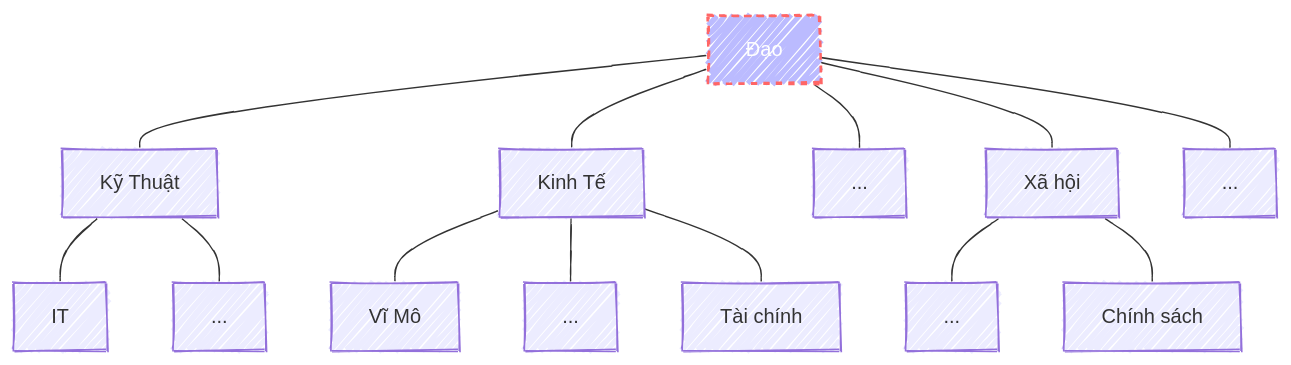
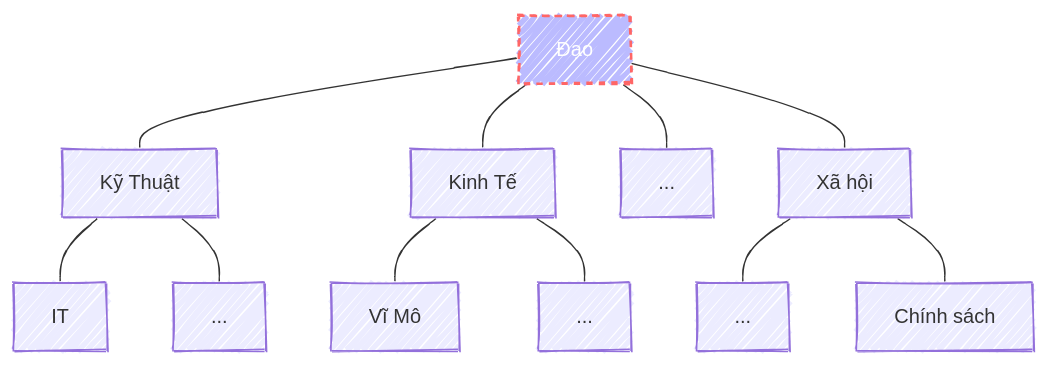
Before and after one commit to laiduyha/wei-he: the third of 3 diagrams in _posts/2024-06-20-cay-kien-thuc.md, drawn with Mermaid. The commit also changed other lines of this file, not shown here.

````diff
--- a/_posts/2024-06-20-cay-kien-thuc.md
+++ b/_posts/2024-06-20-cay-kien-thuc.md
@@ -139,26 +138,23 @@
 ```mermaid
 ---
 config:
   look: handDrawn
 ---
 
-flowchart TD
+flowchart
   d[Đạo] --- kt[Kỹ Thuật]
   kt[Kỹ Thuật] --- it[IT]
   kt[Kỹ Thuật] --- kt1[...]
 
   d[Đạo] --- kte[Kinh Tế]
   kte[Kinh Tế] --- macro[Vĩ Mô]
   kte[Kinh Tế] --- kte1[...]
-  kte[Kinh Tế] --- behavior[Tài chính]
 
   d[Đạo] --- d1[...]
 
   d[Đạo] --- xh[Xã hội]
   xh[Xã hội] --- xh1[...]
   xh[Xã hội] --- cs[Chính sách]
 
-  d[Đạo] --- d2[...]
-
   style d fill:#bbf,stroke:#f66,stroke-width:2px,color:#fff,stroke-dasharray: 5 5
 ```
````
